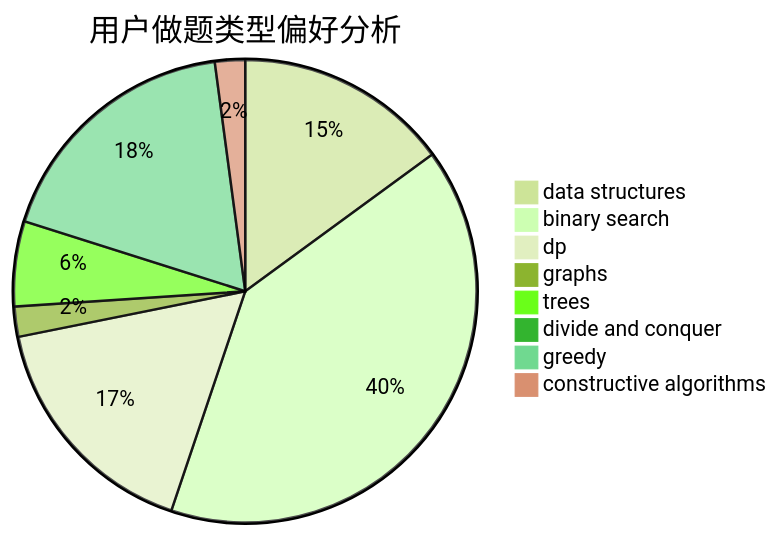
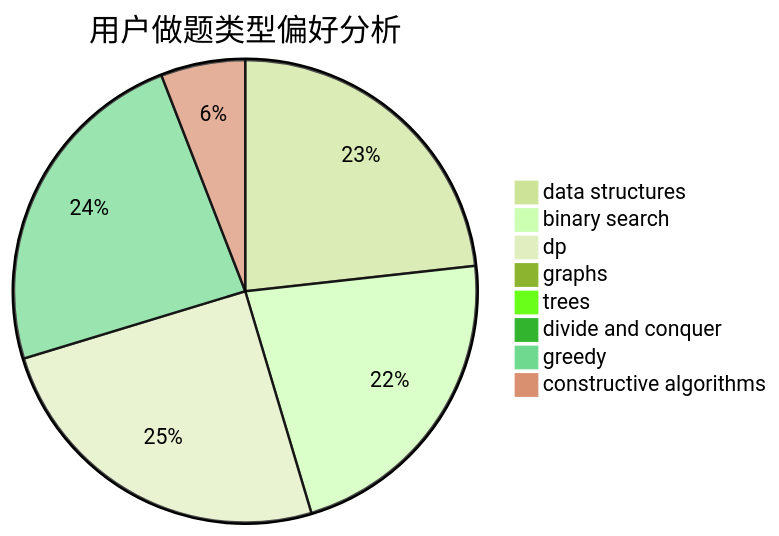
Before and after one commit to sherpahu/cfrs.github.io: the second of 3 diagrams in docs/user/u233.md, drawn with Mermaid (forest theme). The commit also changed other lines of this file and 2770 other files, not shown here.

````diff
--- a/docs/user/u233.md
+++ b/docs/user/u233.md
@@ -23,11 +23,11 @@
 ```mermaid
 pie title 用户做题类型偏好分析
-    "data structures" :  78
-    "binary search" :  210
-    "dp" :  87
-    "graphs" :  11
-    "trees" :  31
-    "divide and conquer" :  0
-    "greedy" :  94
-    "constructive algorithms" :  11
+    "data structures" :  418
+    "binary search" :  398
+    "dp" :  448
+    "graphs" :  4
+    "trees" :  5
+    "divide and conquer" :  10
+    "greedy" :  428
+    "constructive algorithms" :  106
 ```
````
